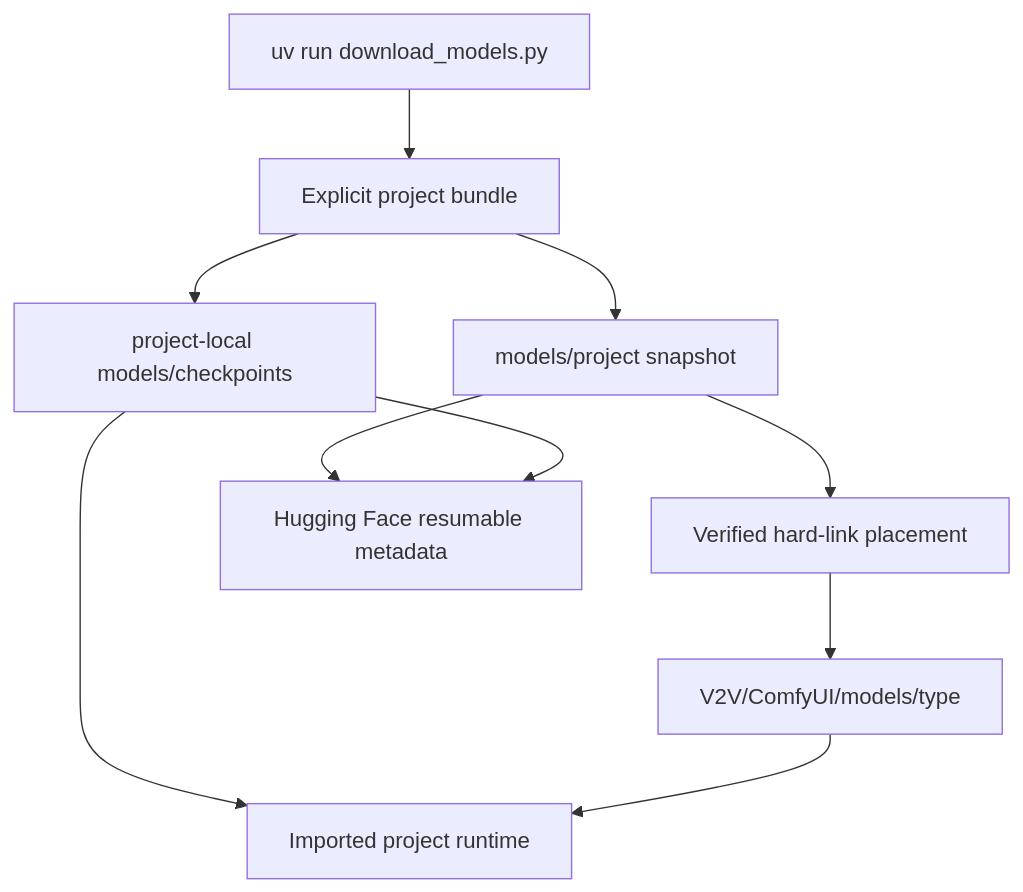
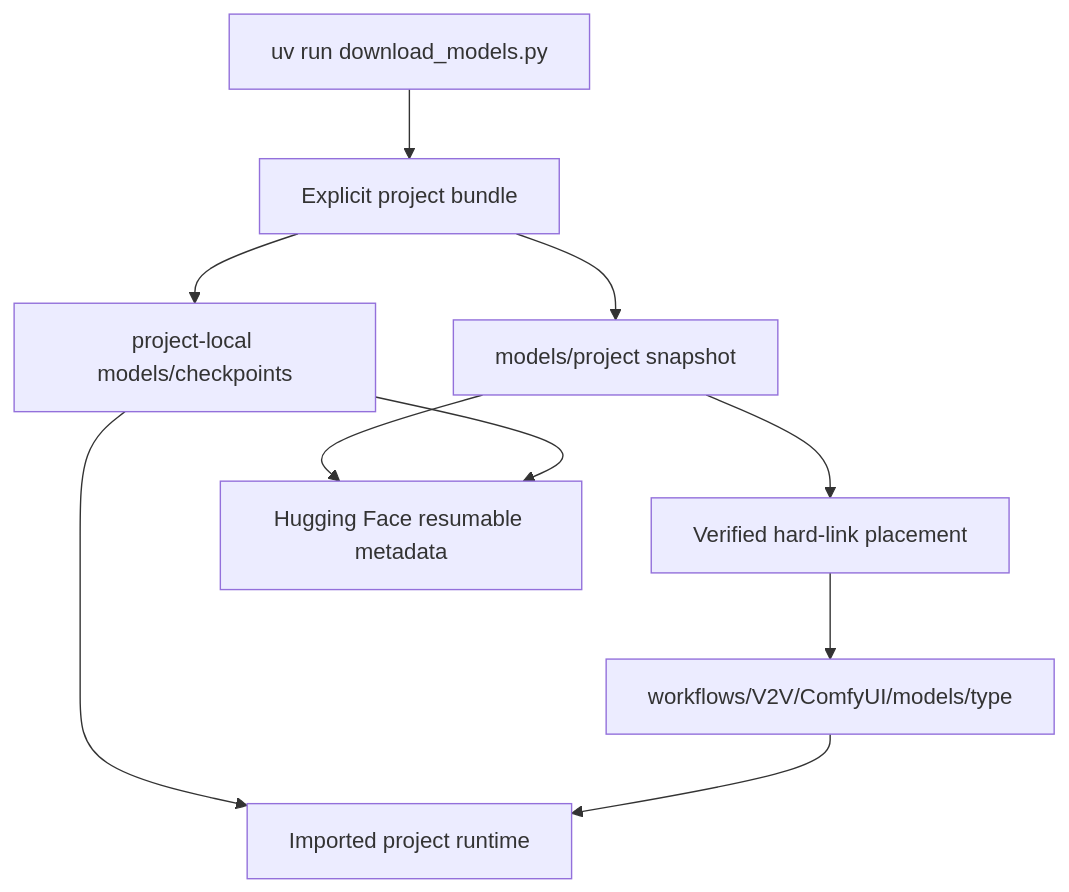
Before and after one commit to CommanderTurtle/mm-tools: the diagram in models/ARCHITECTURE.md, drawn with Mermaid. The commit also changed other lines of this file and 701 other files, not shown here.

````diff
--- a/models/ARCHITECTURE.md
+++ b/models/ARCHITECTURE.md
@@ -9,12 +9,12 @@
 ```mermaid
 flowchart TB
     CLI["uv run download_models.py"] --> Select["Explicit project bundle"]
     Select --> Shared["models/project snapshot"]
     Select --> Native["project-local models/checkpoints"]
     Shared --> Link["Verified hard-link placement"]
-    Link --> Comfy["V2V/ComfyUI/models/type"]
+    Link --> Comfy["workflows/V2V/ComfyUI/models/type"]
     Native --> Runtime["Imported project runtime"]
     Comfy --> Runtime
     Shared --> Resume["Hugging Face resumable metadata"]
     Native --> Resume
 ```
````
